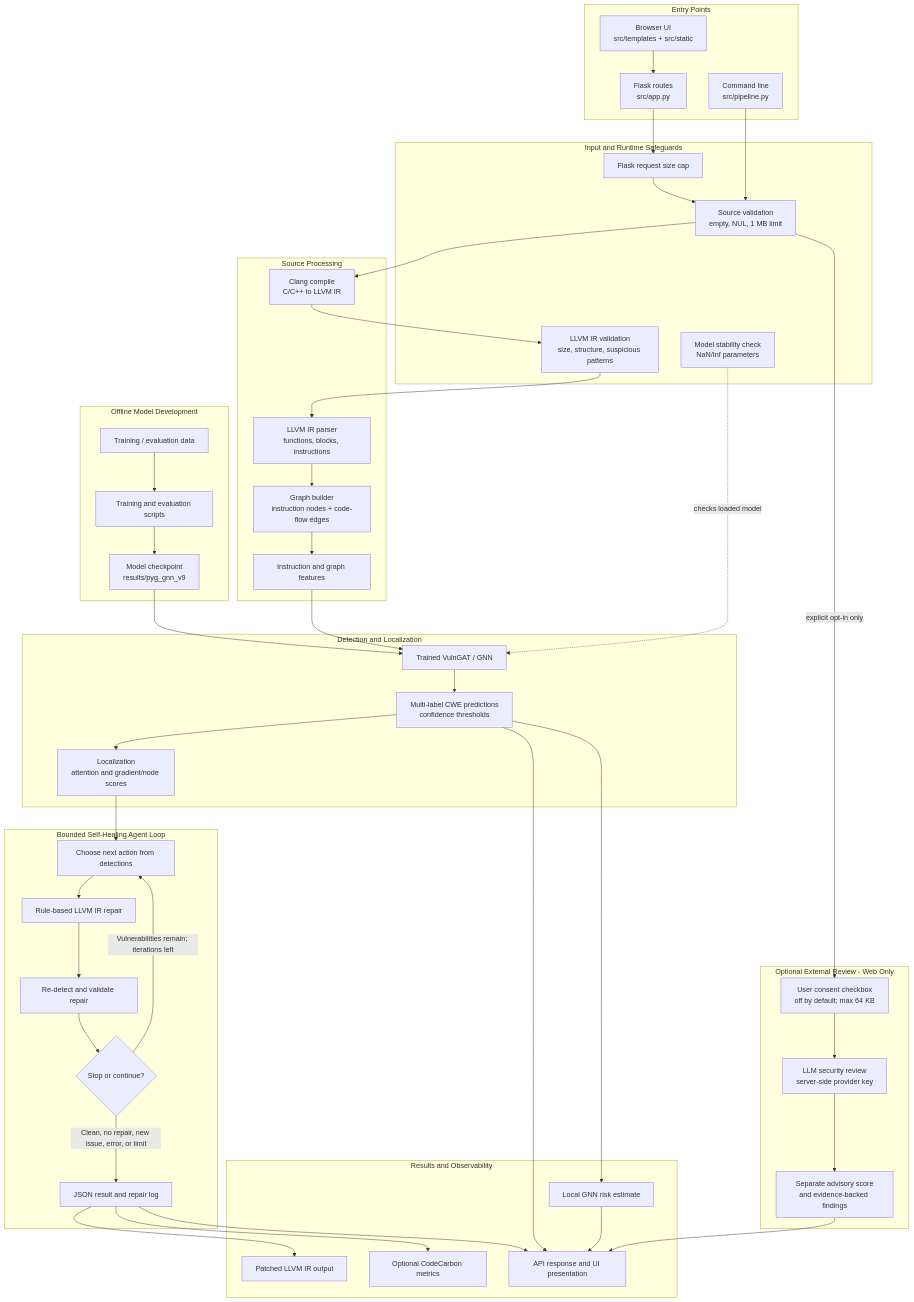
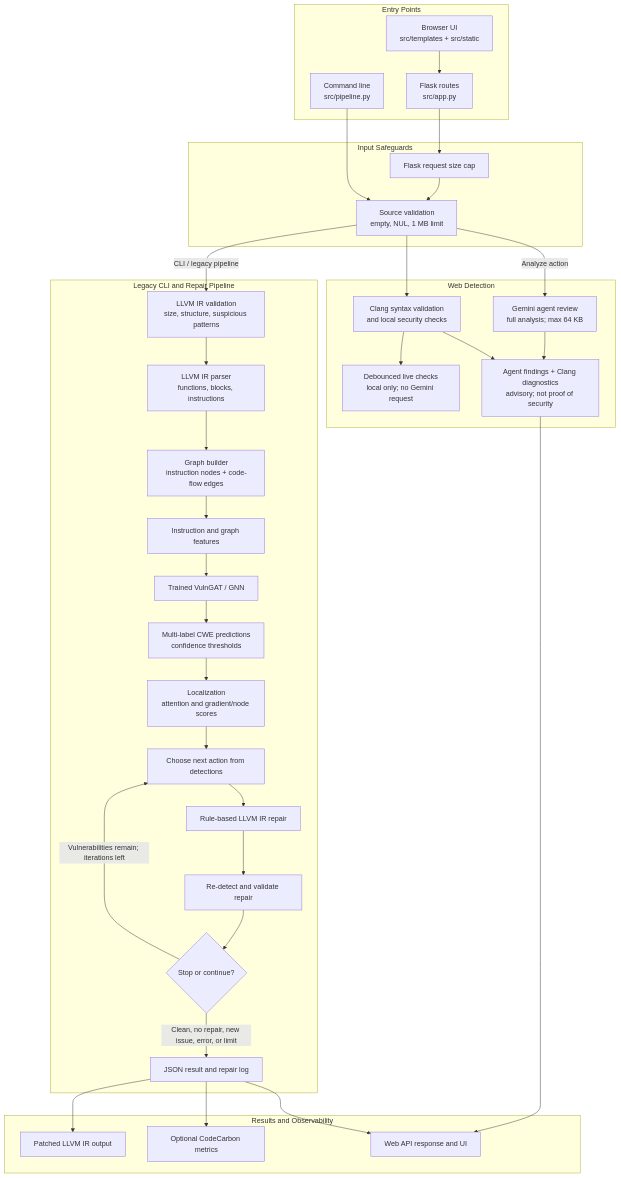
One commit to SaiDattu3607/VulnHGNN-CD-Project- changed the first of 2 diagrams in docs/architecture.md. Above: the diagram before and after it, drawn with Mermaid. The commit also changed other lines of this file and 25 other files, not shown here.

````diff
--- a/docs/architecture.md
+++ b/docs/architecture.md
@@ -11,75 +21,60 @@
 ```mermaid
 flowchart TB
     subgraph Entry[Entry Points]
         UI[Browser UI<br/>src/templates + src/static]
         CLI[Command line<br/>src/pipeline.py]
         API[Flask routes<br/>src/app.py]
         UI --> API
     end
 
-    subgraph Guard[Input and Runtime Safeguards]
+    subgraph Guard[Input Safeguards]
         HTTP[Flask request size cap]
         SRC[Source validation<br/>empty, NUL, 1 MB limit]
-        IR[LLVM IR validation<br/>size, structure, suspicious patterns]
-        HEALTH[Model stability check<br/>NaN/Inf parameters]
     end
 
-    subgraph Front[Source Processing]
-        COMP[Clang compile<br/>C/C++ to LLVM IR]
+    subgraph Web[Web Detection]
+        COMP[Clang syntax validation<br/>and local security checks]
+        LIVE[Debounced live checks<br/>local only; no Gemini request]
+        REVIEW[Gemini agent review<br/>full analysis; max 64 KB]
+        RESULT[Agent findings + Clang diagnostics<br/>advisory; not proof of security]
+        COMP --> LIVE
+        REVIEW --> RESULT
+        COMP --> RESULT
+    end
+
+    subgraph Legacy[Legacy CLI and Repair Pipeline]
+        IR[LLVM IR validation<br/>size, structure, suspicious patterns]
         PARSE[LLVM IR parser<br/>functions, blocks, instructions]
         GRAPH[Graph builder<br/>instruction nodes + code-flow edges]
         FEAT[Instruction and graph features]
-    end
-
-    subgraph ML[Detection and Localization]
         MODEL[Trained VulnGAT / GNN]
         PRED[Multi-label CWE predictions<br/>confidence thresholds]
         LOC[Localization<br/>attention and gradient/node scores]
-    end
-
-    subgraph OptionalLLM[Optional External Review - Web Only]
-        CONSENT[User consent checkbox<br/>off by default; max 64 KB]
-        REVIEW[LLM security review<br/>server-side provider key]
-        LLMRESULT[Separate advisory score<br/>and evidence-backed findings]
-        CONSENT --> REVIEW --> LLMRESULT
-    end
-
-    subgraph Agent[Bounded Self-Healing Agent Loop]
         PLAN[Choose next action from detections]
         REPAIR[Rule-based LLVM IR repair]
         VERIFY[Re-detect and validate repair]
         DECIDE{Stop or continue?}
         PLAN --> REPAIR --> VERIFY --> DECIDE
         DECIDE -->|Vulnerabilities remain; iterations left| PLAN
         DECIDE -->|Clean, no repair, new issue, error, or limit| REPORT
+        IR --> PARSE --> GRAPH --> FEAT --> MODEL --> PRED
+        PRED --> LOC --> PLAN
     end
 
     subgraph Output[Results and Observability]
         REPORT[JSON result and repair log]
-        ESTIMATE[Local GNN risk estimate]
         PATCH[Patched LLVM IR output]
         CARBON[Optional CodeCarbon metrics]
-        WEB[API response and UI presentation]
-        REPORT --> WEB
+        WEB[Web API response and UI]
         REPORT --> PATCH
         REPORT --> CARBON
     end
 
-    subgraph Offline[Offline Model Development]
-        DATA[Training / evaluation data]
-        TRAIN[Training and evaluation scripts]
-        CKPT[Model checkpoint<br/>results/pyg_gnn_v9]
-        DATA --> TRAIN --> CKPT --> MODEL
-    end
-
     API --> HTTP --> SRC
+    SRC --> COMP
+    SRC -->|Analyze action| REVIEW
+    RESULT --> WEB
     CLI --> SRC
-    SRC --> COMP --> IR --> PARSE --> GRAPH --> FEAT --> MODEL
-    SRC -->|explicit opt-in only| CONSENT
-    MODEL --> PRED
-    PRED --> WEB
-    PRED --> ESTIMATE --> WEB
-    LLMRESULT --> WEB
-    PRED --> LOC --> PLAN
-    HEALTH -. checks loaded model .-> MODEL
+    SRC -->|CLI / legacy pipeline| IR
+    REPORT --> WEB
 ```
````
